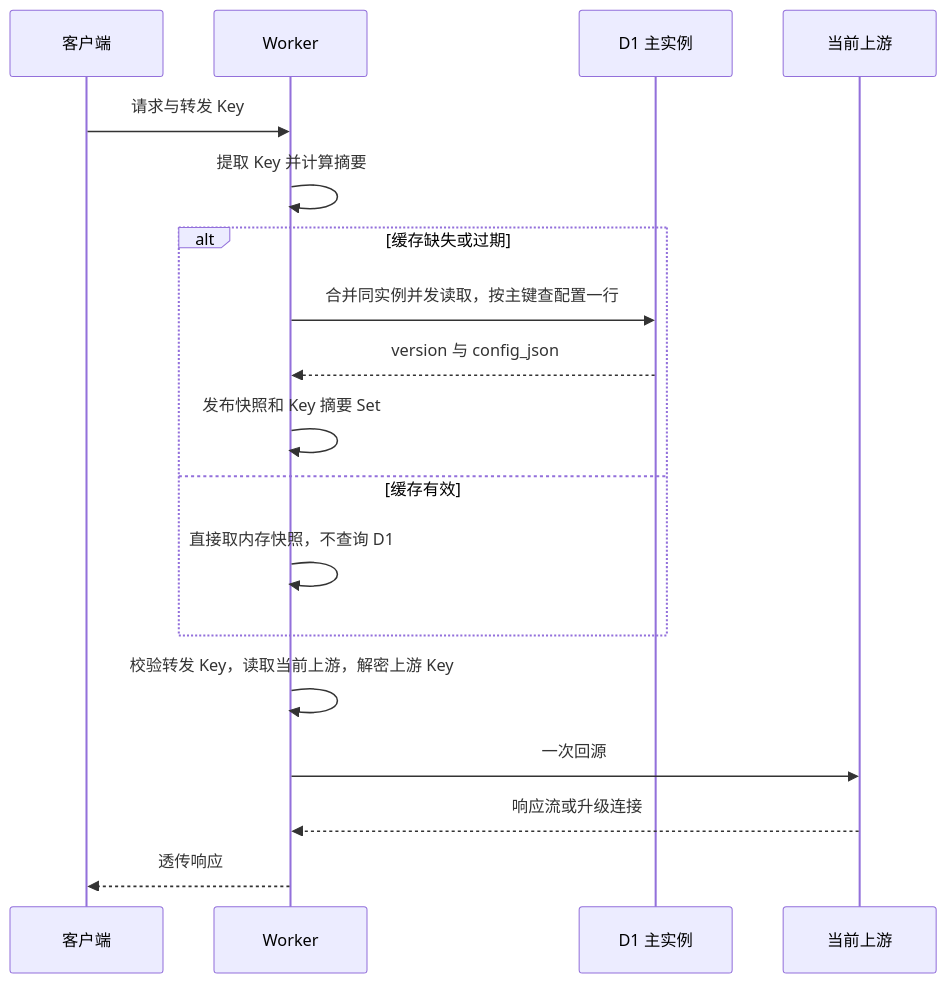
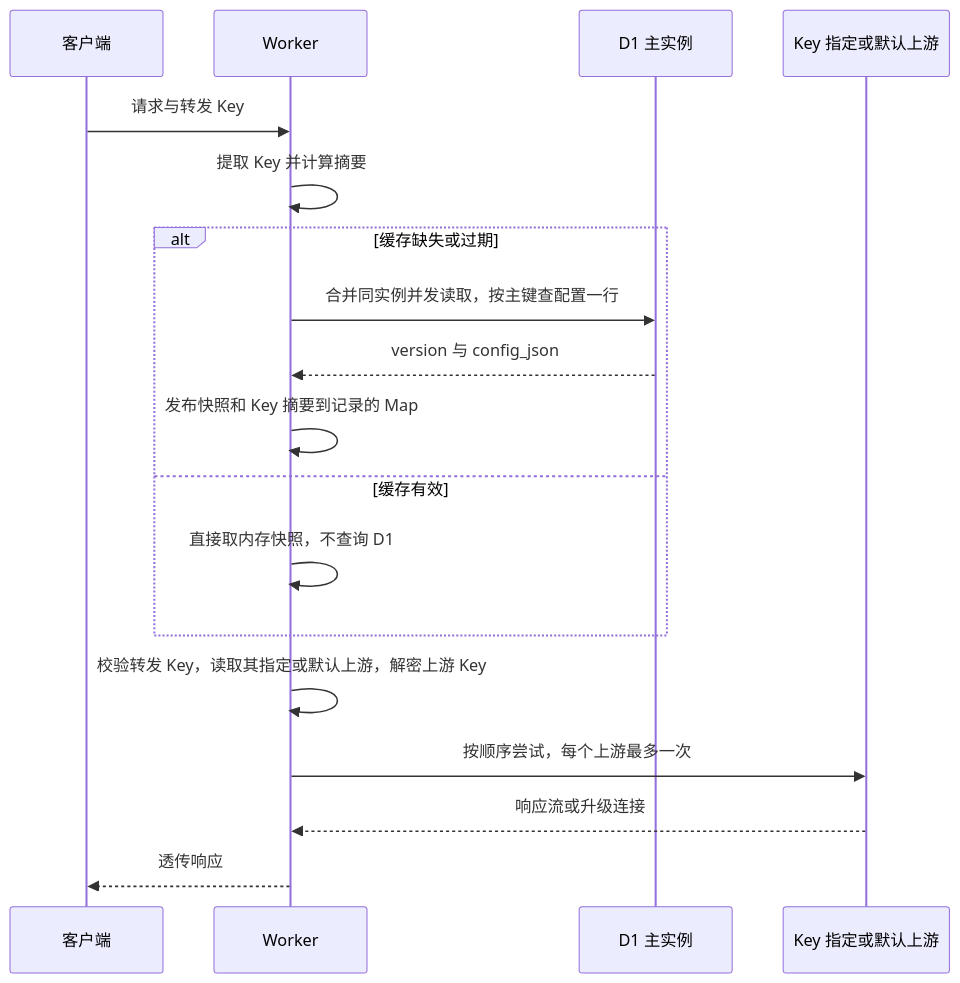
One commit to DeltaB-Lab/thin-proxy changed the second of 2 diagrams in docs/03-架构文档.md. Above: the diagram before and after it, drawn with Mermaid. The commit also changed other lines of this file and 18 other files, not shown here.

````diff
--- a/docs/03-架构文档.md
+++ b/docs/03-架构文档.md
@@ -57,20 +59,20 @@
 ```mermaid
 sequenceDiagram
     participant C as 客户端
     participant W as Worker
     participant D as D1 主实例
-    participant U as 当前上游
+    participant U as Key 指定或默认上游
     C->>W: 请求与转发 Key
     W->>W: 提取 Key 并计算摘要
     alt 缓存缺失或过期
         W->>D: 合并同实例并发读取，按主键查配置一行
         D-->>W: version 与 config_json
-        W->>W: 发布快照和 Key 摘要 Set
+        W->>W: 发布快照和 Key 摘要到记录的 Map
     else 缓存有效
         W->>W: 直接取内存快照，不查询 D1
     end
-    W->>W: 校验转发 Key，读取当前上游，解密上游 Key
-    W->>U: 一次回源
+    W->>W: 校验转发 Key，读取其指定或默认上游，解密上游 Key
+    W->>U: 按顺序尝试，每个上游最多一次
     U-->>W: 响应流或升级连接
     W-->>C: 透传响应
 ```
````
